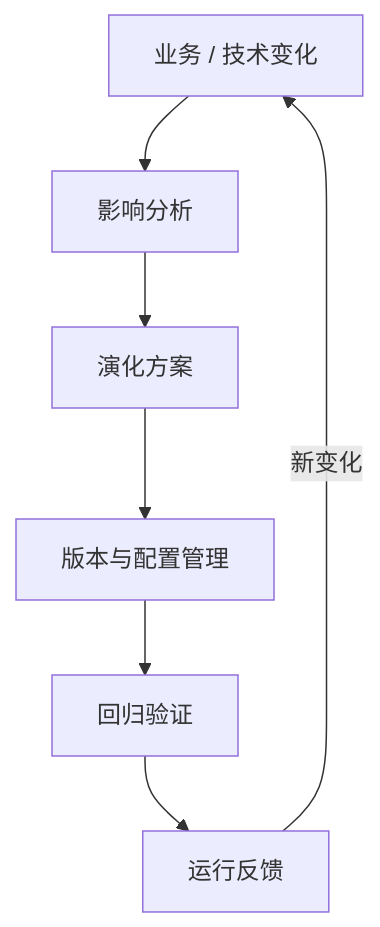
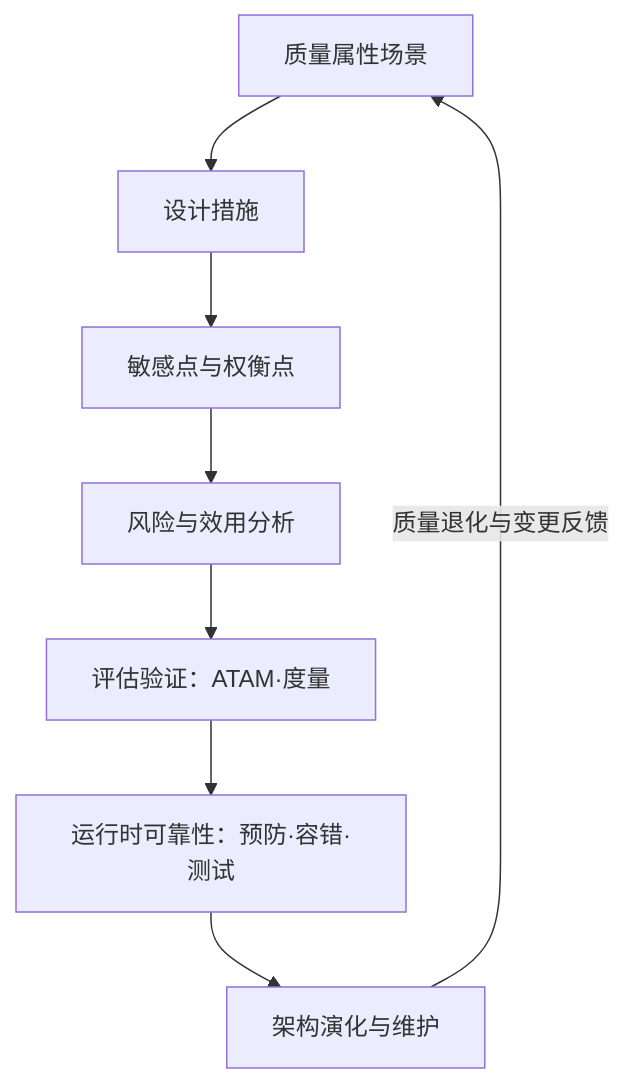
Before and after one commit to mingf423/ruankao: the sixth of 7 diagrams in docs/system-architecture-designer/01_官方大纲与考试政策/01_综合知识大纲脑图.md, drawn with Mermaid. The commit also changed other lines of this file and 3 other files, not shown here.

Commit message:
docs(脑图): 重构综合知识脑图为 7 张并补案例分析系统计划图

````diff
--- a/docs/system-architecture-designer/01_官方大纲与考试政策/01_综合知识大纲脑图.md
+++ b/docs/system-architecture-designer/01_官方大纲与考试政策/01_综合知识大纲脑图.md
@@ -114,9 +96,6 @@
 ```mermaid
-flowchart TD
-  A["业务 / 技术变化"] --> B["影响分析"]
-  B --> C["演化方案"]
-  C --> D["版本与配置管理"]
-  D --> E["回归验证"]
-  E --> F["运行反馈"]
-  F -->|"新变化"| A
+flowchart TB
+  QA["质量属性场景"] --> M["设计措施"] --> SENS["敏感点与权衡点"] --> RISK["风险与效用分析"]
+  RISK --> V["评估验证：ATAM·度量"] --> REL["运行时可靠性：预防·容错·测试"] --> EVO["架构演化与维护"]
+  EVO -->|"质量退化与变更反馈"| QA
 ```
````
